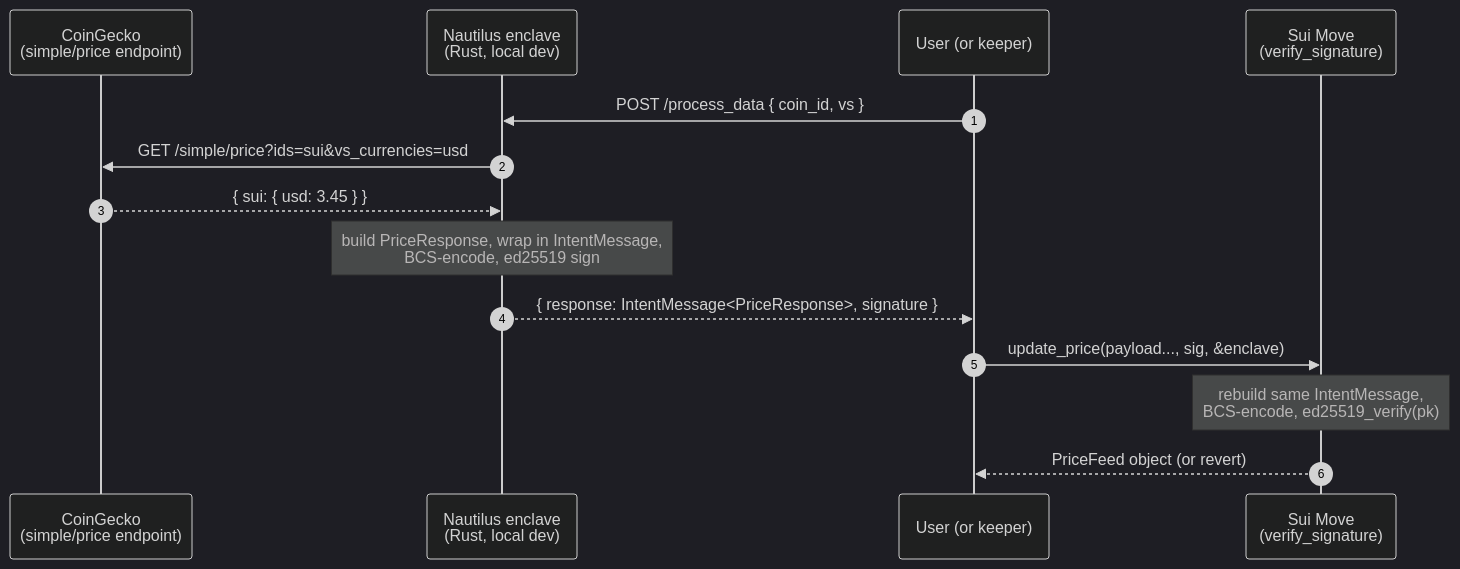
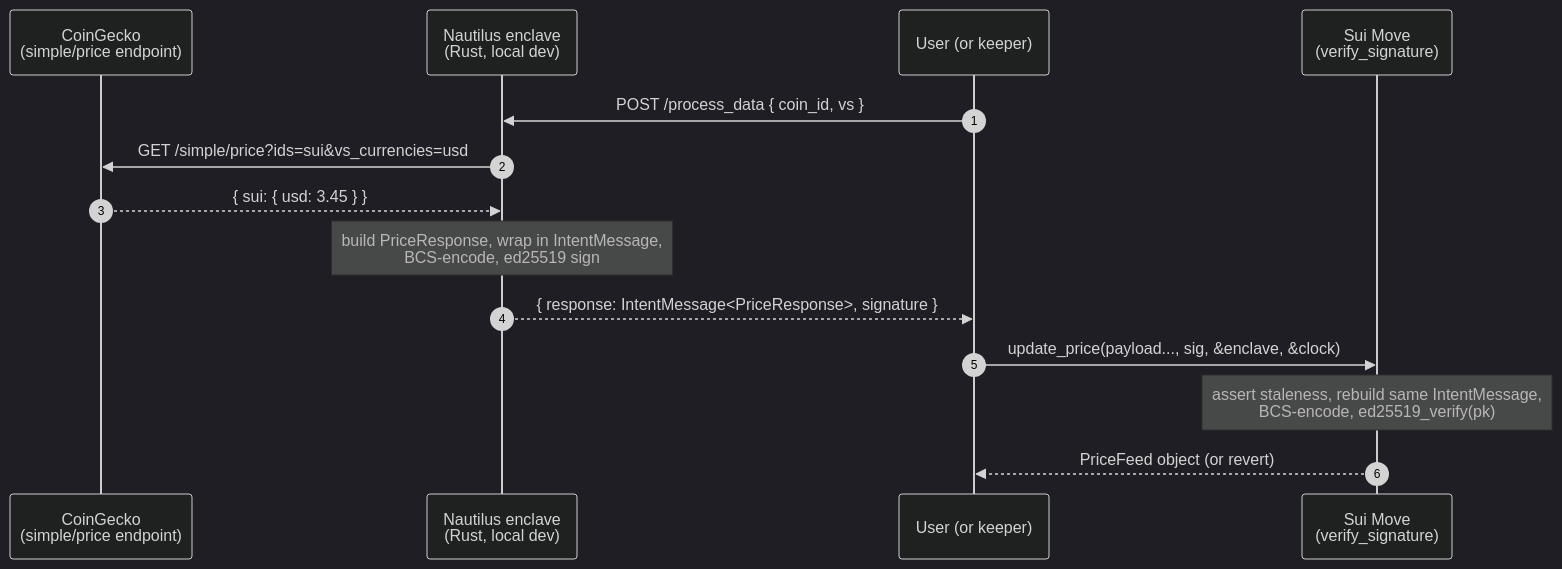
Before and after one commit to MystenLabs/evm-sui: the diagram in showcases/07-nautilus/README.md, drawn with Mermaid (dark theme). The commit also changed other lines of this file and 12 other files, not shown here.

````diff
--- a/showcases/07-nautilus/README.md
+++ b/showcases/07-nautilus/README.md
@@ -47,17 +47,17 @@
 ```mermaid
 sequenceDiagram
     autonumber
     participant CG as CoinGecko<br/>(simple/price endpoint)
     participant E  as Nautilus enclave<br/>(Rust, local dev)
     participant U  as User (or keeper)
     participant S  as Sui Move<br/>(verify_signature)
 
     U->>E: POST /process_data { coin_id, vs }
     E->>CG: GET /simple/price?ids=sui&vs_currencies=usd
     CG-->>E: { sui: { usd: 3.45 } }
     Note over E: build PriceResponse, wrap in IntentMessage,<br/>BCS-encode, ed25519 sign
     E-->>U: { response: IntentMessage<PriceResponse>, signature }
-    U->>S: update_price(payload..., sig, &enclave)
-    Note over S: rebuild same IntentMessage,<br/>BCS-encode, ed25519_verify(pk)
+    U->>S: update_price(payload..., sig, &enclave, &clock)
+    Note over S: assert staleness, rebuild same IntentMessage,<br/>BCS-encode, ed25519_verify(pk)
     S-->>U: PriceFeed object (or revert)
 ```
````
